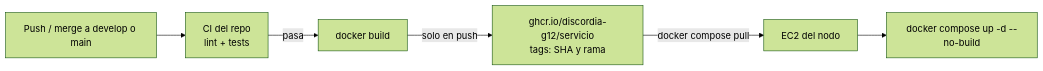
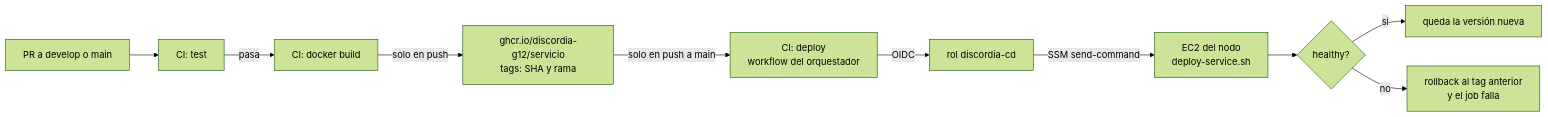
Before and after one commit to discordia-g12/discordia-orchestrator: the sixth of 7 diagrams in docs/ARQUITECTURA.md, drawn with Mermaid (forest theme). The commit also changed other lines of this file and 2 other files, not shown here.

````diff
--- a/docs/ARQUITECTURA.md
+++ b/docs/ARQUITECTURA.md
@@ -526,8 +531,12 @@
 ```mermaid
 flowchart LR
-    DEV[Push / merge a develop o main] --> CI[CI del repo<br/>lint + tests]
-    CI -->|pasa| IMG[docker build]
+    PR[PR a develop o main] --> TEST[CI: test]
+    TEST -->|pasa| IMG[CI: docker build]
     IMG -->|solo en push| GHCR[ghcr.io/discordia-g12/servicio<br/>tags: SHA y rama]
-    GHCR -->|docker compose pull| NODE[EC2 del nodo]
-    NODE --> UP[docker compose up -d --no-build]
+    GHCR -->|solo en push a main| DEP[CI: deploy<br/>workflow del orquestador]
+    DEP -->|OIDC| AWS[rol discordia-cd]
+    AWS -->|SSM send-command| NODE[EC2 del nodo<br/>deploy-service.sh]
+    NODE --> HC{healthy?}
+    HC -->|sí| OK[queda la versión nueva]
+    HC -->|no| RB[rollback al tag anterior<br/>y el job falla]
 ```
````
